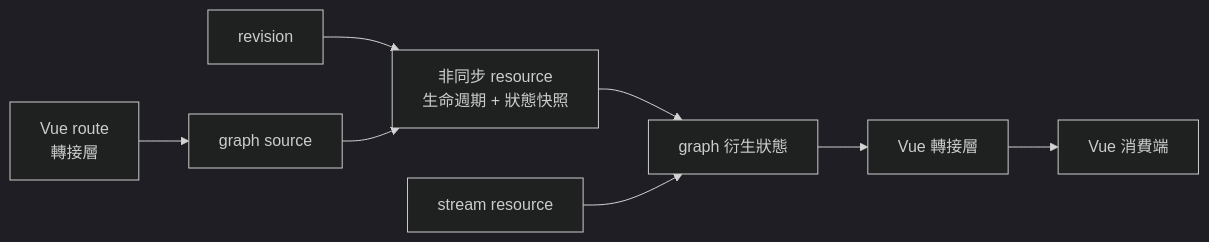
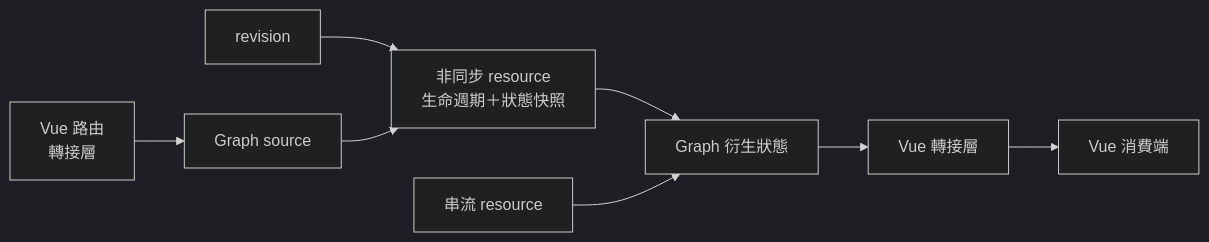
The first of 2 diagrams in pages/50-signal-kernel.md (Luciano0322/v-tw-talk-2026), drawn with Mermaid (dark theme) before and after one commit. The commit also changed other lines of this file and 9 other files, not shown here.

````diff
--- a/pages/50-signal-kernel.md
+++ b/pages/50-signal-kernel.md
@@ -32,10 +32,10 @@
 ```mermaid
 flowchart LR
-  VueInput["Vue route<br/>轉接層"] --> Source["graph source"]
+  VueInput["Vue 路由<br/>轉接層"] --> Source["Graph source"]
   Revision["revision"] --> Resource
-  Source --> Resource["非同步 resource<br/>生命週期 + 狀態快照"]
-  Resource --> Derived["graph 衍生狀態"]
-  Stream["stream resource"] --> Derived
+  Source --> Resource["非同步 resource<br/>生命週期＋狀態快照"]
+  Resource --> Derived["Graph 衍生狀態"]
+  Stream["串流 resource"] --> Derived
   Derived --> Adapter["Vue 轉接層"]
   Adapter --> Consumer["Vue 消費端"]
 ```
````
